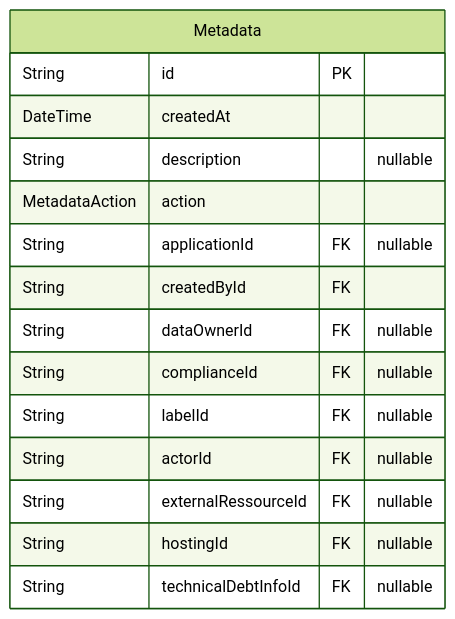
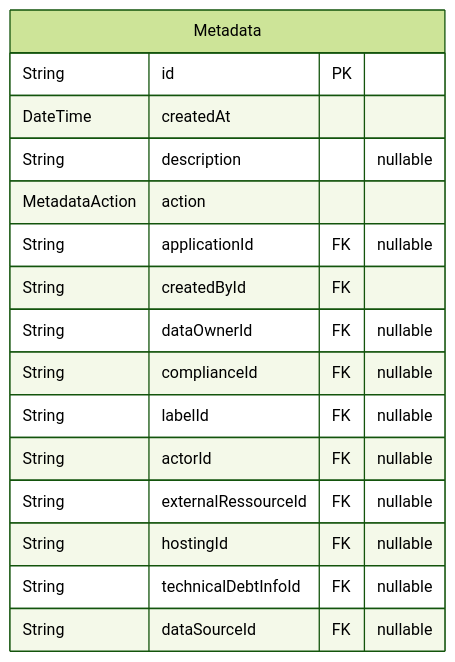
One commit to dnum-mi/referentiel-applications changed the seventh of 13 diagrams in backend/prisma/docs/schema.md. Above: the diagram before and after it, drawn with Mermaid (forest theme). The commit also changed other lines of this file and 29 other files, not shown here.

Commit message:
feat: :sparkles: add dataSource table, fakers and endpoints

````diff
--- a/backend/prisma/docs/schema.md
+++ b/backend/prisma/docs/schema.md
@@ -417,18 +467,19 @@
 ```mermaid
 erDiagram
 "Metadata" {
   String id PK
   DateTime createdAt
   String description "nullable"
   MetadataAction action
   String applicationId FK "nullable"
   String createdById FK
   String dataOwnerId FK "nullable"
   String complianceId FK "nullable"
   String labelId FK "nullable"
   String actorId FK "nullable"
   String externalRessourceId FK "nullable"
   String hostingId FK "nullable"
   String technicalDebtInfoId FK "nullable"
+  String dataSourceId FK "nullable"
 }
 ```
````
